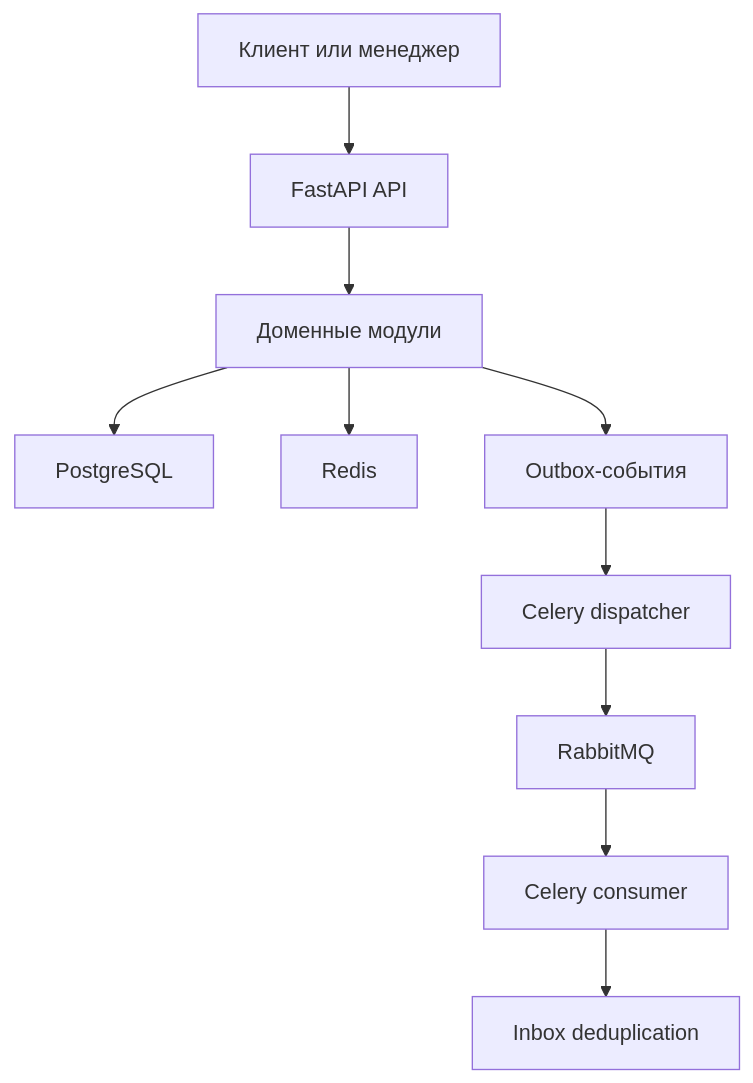
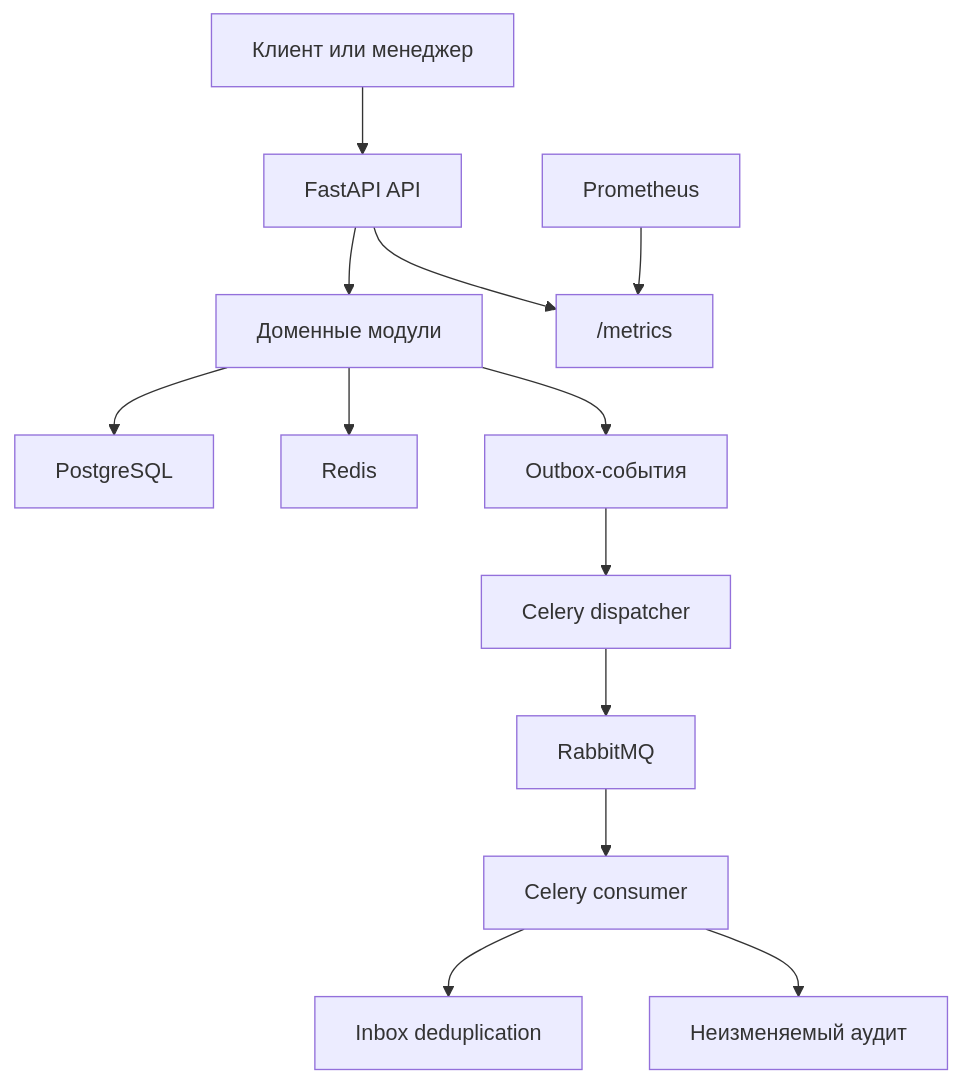
Before and after one commit to sqoapwish/orderflow: the diagram in README.md, drawn with Mermaid. The commit also changed other lines of this file and 36 other files, not shown here.

Commit message:
Build immutable audit and operational metrics

````diff
--- a/README.md
+++ b/README.md
@@ -60,12 +65,15 @@
 ```mermaid
 flowchart TD
     Client["Клиент или менеджер"] --> API["FastAPI API"]
     API --> Modules["Доменные модули"]
     Modules --> PostgreSQL["PostgreSQL"]
     Modules --> Redis["Redis"]
     Modules --> Outbox["Outbox-события"]
     Outbox --> Dispatcher["Celery dispatcher"]
     Dispatcher --> RabbitMQ["RabbitMQ"]
     RabbitMQ --> Consumer["Celery consumer"]
     Consumer --> Inbox["Inbox deduplication"]
+    Consumer --> Audit["Неизменяемый аудит"]
+    API --> Metrics["/metrics"]
+    Prometheus["Prometheus"] --> Metrics
 ```
````
